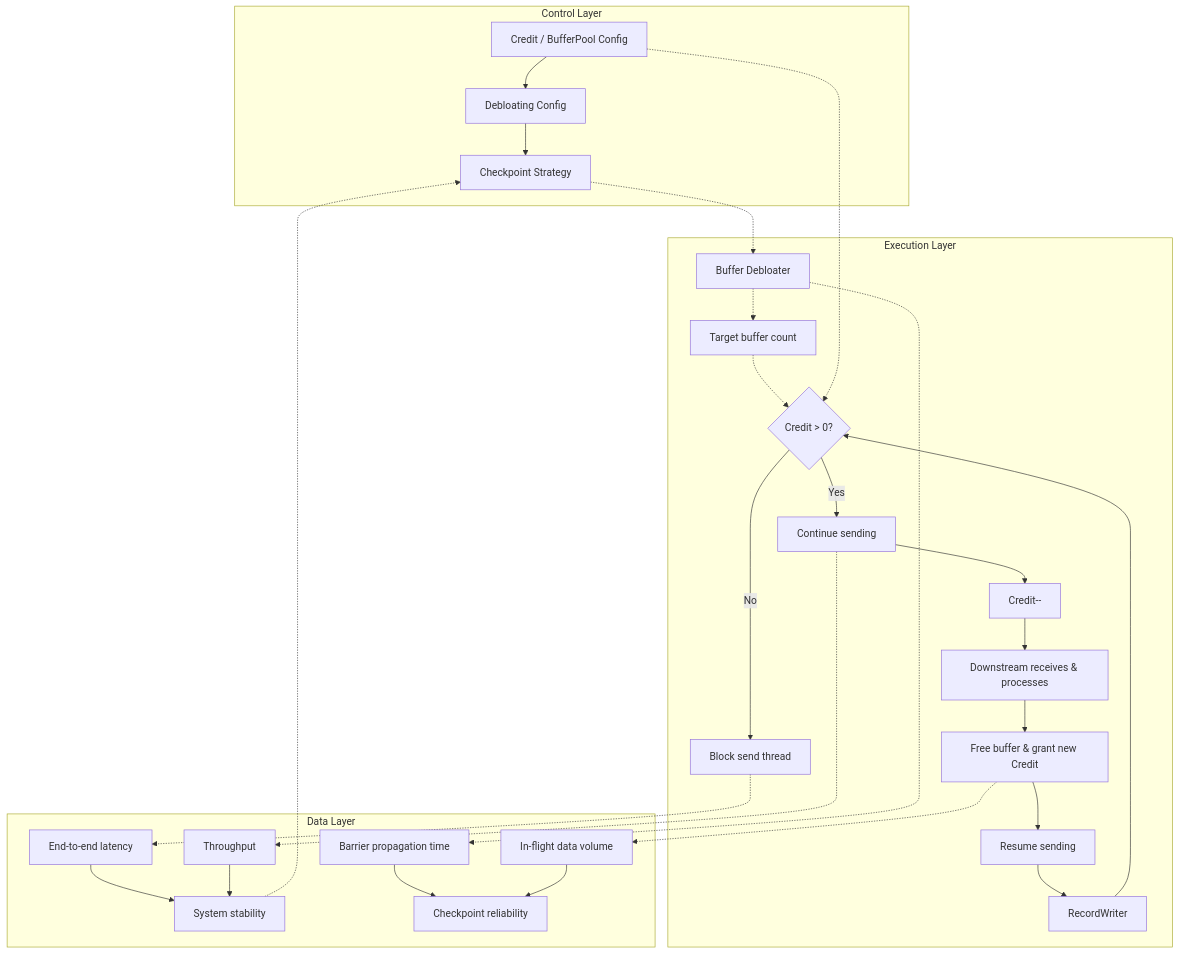
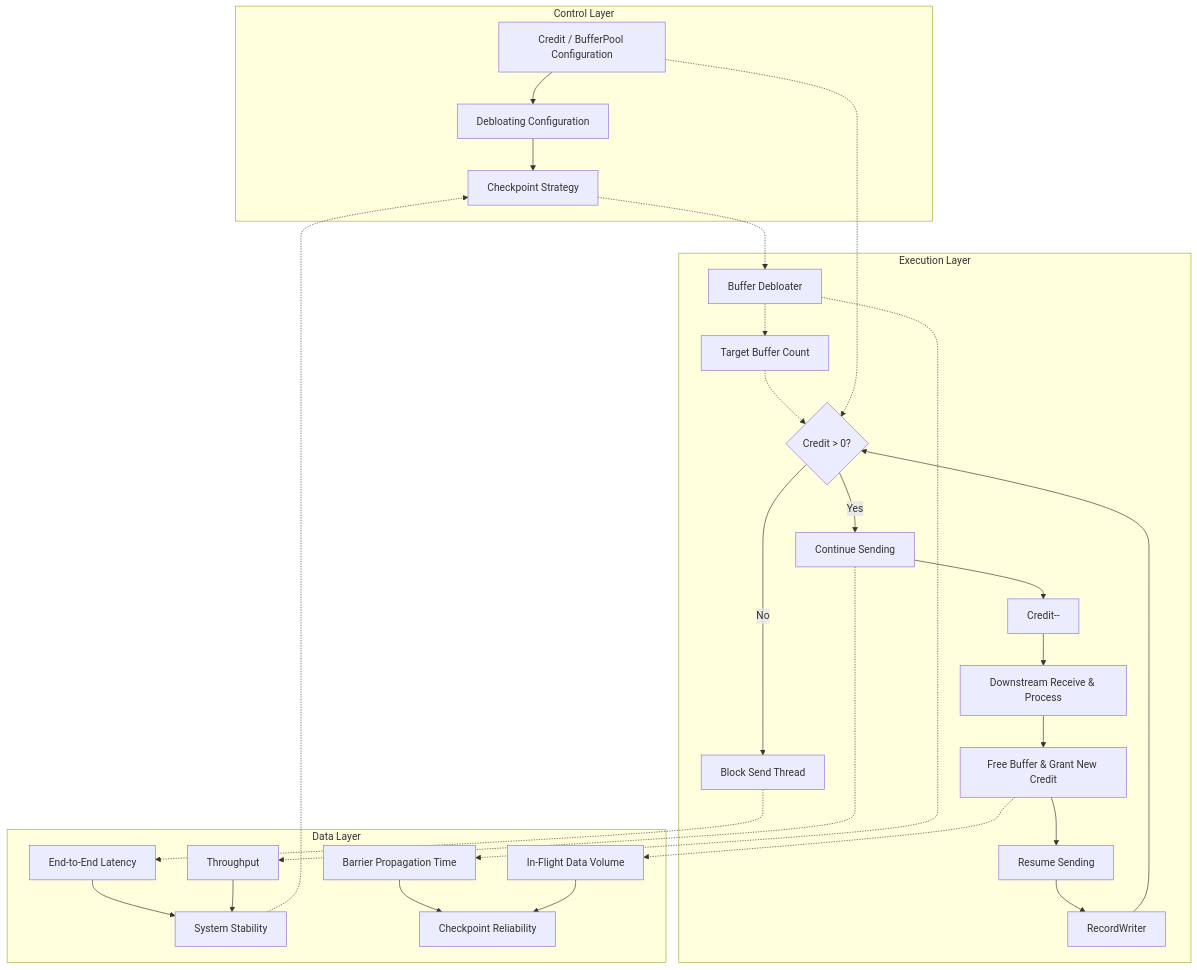
Before and after one commit to AdaMartin18010/AnalysisDataFlow: the second of 3 diagrams in i18n/en/Flink/02-core/backpressure-and-flow-control-en.md, drawn with Mermaid. The commit also changed other lines of this file and 679 other files, not shown here.

````diff
--- a/i18n/en/Flink/02-core/backpressure-and-flow-control-en.md
+++ b/i18n/en/Flink/02-core/backpressure-and-flow-control-en.md
@@ -340,32 +459,32 @@
 ```mermaid
 graph TB
     subgraph "Control Layer"
-        C1["Credit / BufferPool Config"] --> C2["Debloating Config"]
+        C1["Credit / BufferPool Configuration"] --> C2["Debloating Configuration"]
         C2 --> C3["Checkpoint Strategy"]
     end
     subgraph "Execution Layer"
-        E1[RecordWriter] --> E2{"Credit > 0?"}
-        E2 -->|Yes| E3["Continue sending"]
-        E2 -->|No| E4["Block send thread"]
+        E1["RecordWriter"] --> E2{"Credit > 0?"}
+        E2 -->|Yes| E3["Continue Sending"]
+        E2 -->|No| E4["Block Send Thread"]
         E3 --> E5["Credit--"]
-        E5 --> E6["Downstream receives & processes"]
-        E6 --> E7["Free buffer & grant new Credit"]
-        E7 --> E8["Resume sending"]
+        E5 --> E6["Downstream Receive & Process"]
+        E6 --> E7["Free Buffer & Grant New Credit"]
+        E7 --> E8["Resume Sending"]
         E8 --> E1
-        E9["Buffer Debloater"] -.-> E10["Target buffer count"]
+        E9["Buffer Debloater"] -.-> E10["Target Buffer Count"]
         E10 -.-> E2
     end
     subgraph "Data Layer"
-        D1["End-to-end latency"] --> D2["System stability"]
+        D1["End-to-End Latency"] --> D2["System Stability"]
         D3["Throughput"] --> D2
-        D4["Barrier propagation time"] --> D5["Checkpoint reliability"]
-        D6["In-flight data volume"] --> D5
+        D4["Barrier Propagation Time"] --> D5["Checkpoint Reliability"]
+        D6["In-Flight Data Volume"] --> D5
     end
     C1 -.-> E2
     C3 -.-> E9
     E4 -.-> D1
     E3 -.-> D3
     E7 -.-> D6
     E9 -.-> D4
     D2 -.-> C3
 ```
````
